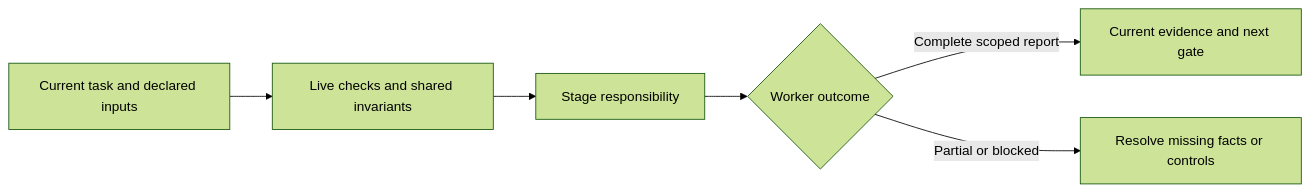
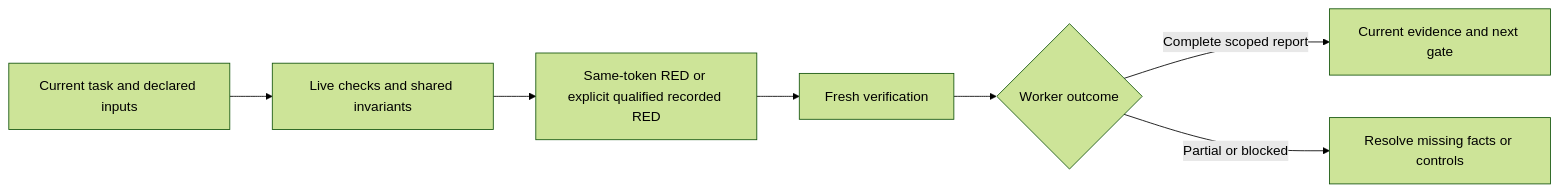
One commit to wgentil/devflow changed the diagram in skills/build-work/SKILL.md. Above: the diagram before and after it, drawn with Mermaid (forest theme). The commit also changed other lines of this file and 8 other files, not shown here.

Commit message:
feat: reuse qualified recorded RED evidence explicitly

````diff
--- a/skills/build-work/SKILL.md
+++ b/skills/build-work/SKILL.md
@@ -14,8 +14,9 @@
 ```mermaid
 flowchart LR
     Scope[Current task and declared inputs] --> Checks[Live checks and shared invariants]
-    Checks --> Work[Stage responsibility]
+    Checks --> Source[Same-token RED or explicit qualified recorded RED]
+    Source --> Work[Fresh verification]
     Work --> Result{Worker outcome}
     Result -->|Complete scoped report| Evidence[Current evidence and next gate]
     Result -->|Partial or blocked| Recover[Resolve missing facts or controls]
 ```
````
